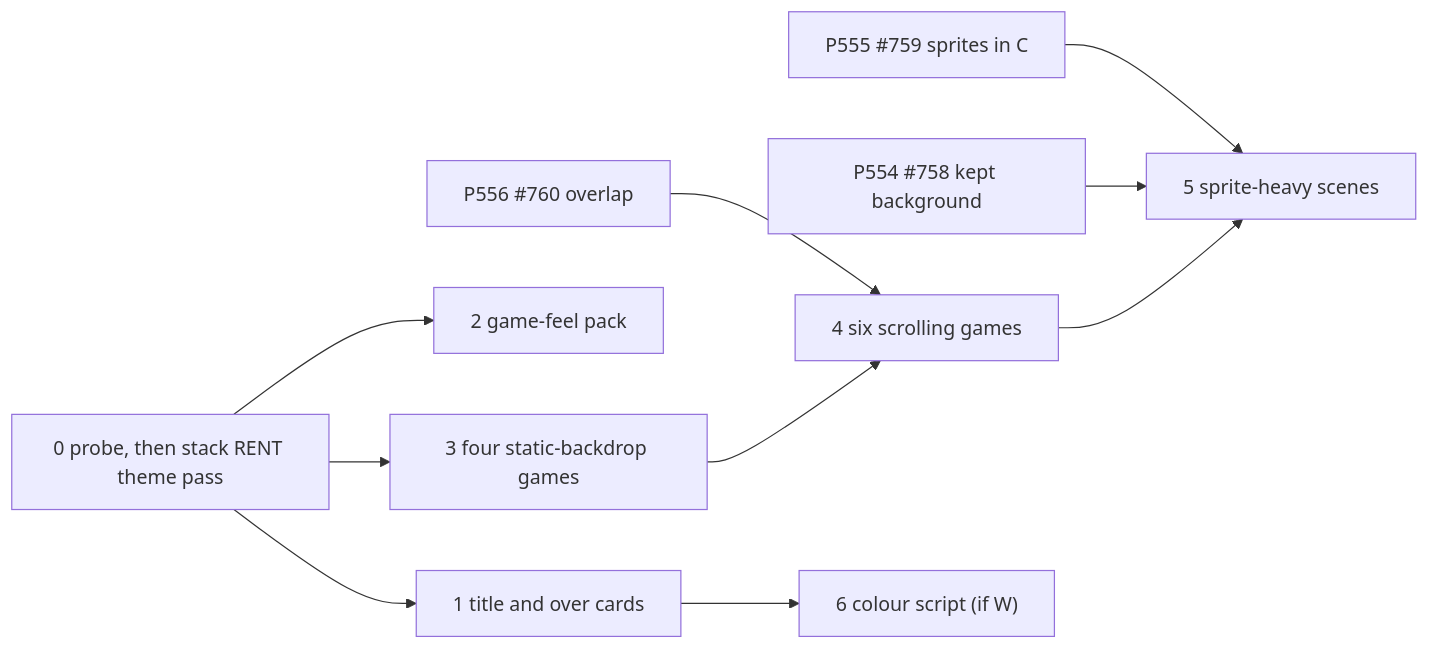
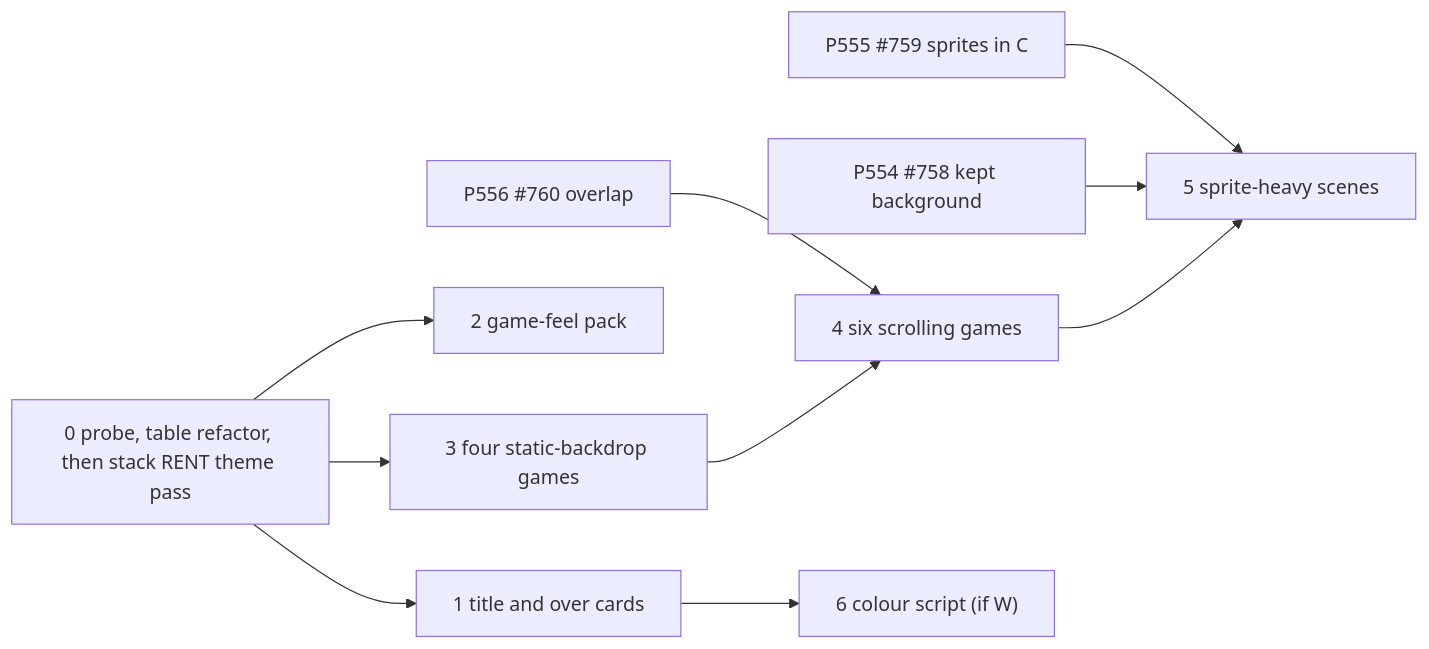
The diagram in docs/discovery/2026-11-02-games-restyle/story-map.md (xmejkal/pixel-games), drawn with Mermaid before and after one commit. The commit also changed other lines of this file and 4 other files, not shown here.

````diff
--- a/docs/discovery/2026-11-02-games-restyle/story-map.md
+++ b/docs/discovery/2026-11-02-games-restyle/story-map.md
@@ -36,12 +36,12 @@
 ```mermaid
 flowchart LR
-  s0["0 probe, then stack RENT theme pass"] --> s1["1 title and over cards"]
+  s0["0 probe, table refactor, then stack RENT theme pass"] --> s1["1 title and over cards"]
   s0 --> s2["2 game-feel pack"]
   s0 --> s3["3 four static-backdrop games"]
   p760["P556 #760 overlap"] --> s4["4 six scrolling games"]
   s3 --> s4
   p759["P555 #759 sprites in C"] --> s5["5 sprite-heavy scenes"]
   p758["P554 #758 kept background"] --> s5
   s4 --> s5
   s1 --> s6["6 colour script (if W)"]
 ```
````
